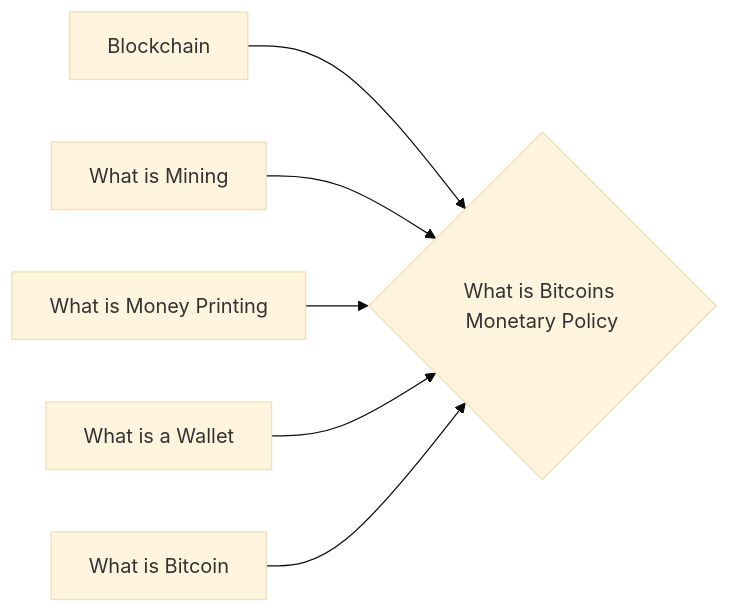
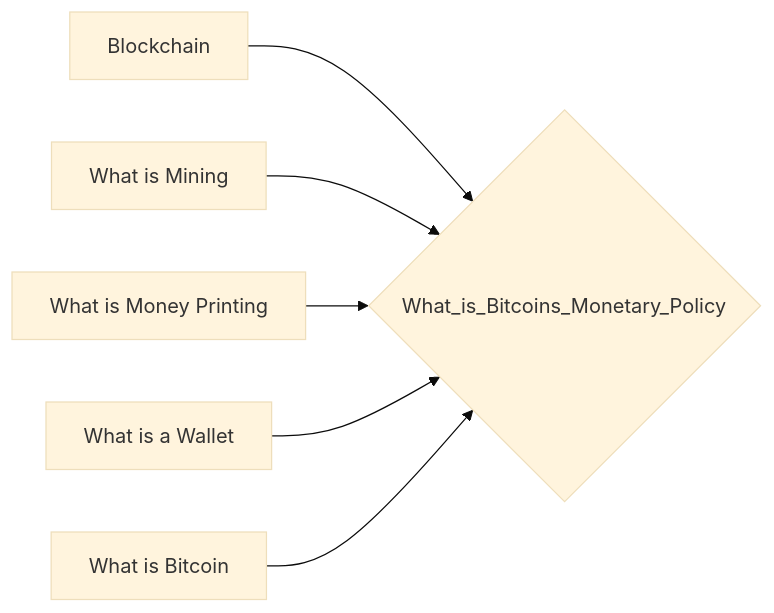
One commit to lpurdy01/crypto-knowledge-map changed the diagram in notes/What_is_Bitcoins_Monetary_Policy.md. Above: the diagram before and after it, drawn with Mermaid (base theme). The commit also changed 161 other files, not shown here.

````diff
--- a/notes/What_is_Bitcoins_Monetary_Policy.md
+++ b/notes/What_is_Bitcoins_Monetary_Policy.md
@@ -18,8 +18,8 @@
 ```mermaid
 graph LR
-1["Blockchain"]-->0{"What is Bitcoins Monetary Policy"}
-2["What is Mining"]-->0{"What is Bitcoins Monetary Policy"}
-3["What is Money Printing"]-->0{"What is Bitcoins Monetary Policy"}
-4["What is a Wallet"]-->0{"What is Bitcoins Monetary Policy"}
-5["What is Bitcoin"]-->0{"What is Bitcoins Monetary Policy"}
+1["Blockchain"]-->0{"What_is_Bitcoins_Monetary_Policy"}
+2["What is Mining"]-->0{"What_is_Bitcoins_Monetary_Policy"}
+3["What is Money Printing"]-->0{"What_is_Bitcoins_Monetary_Policy"}
+4["What is a Wallet"]-->0{"What_is_Bitcoins_Monetary_Policy"}
+5["What is Bitcoin"]-->0{"What_is_Bitcoins_Monetary_Policy"}
 ```
````
